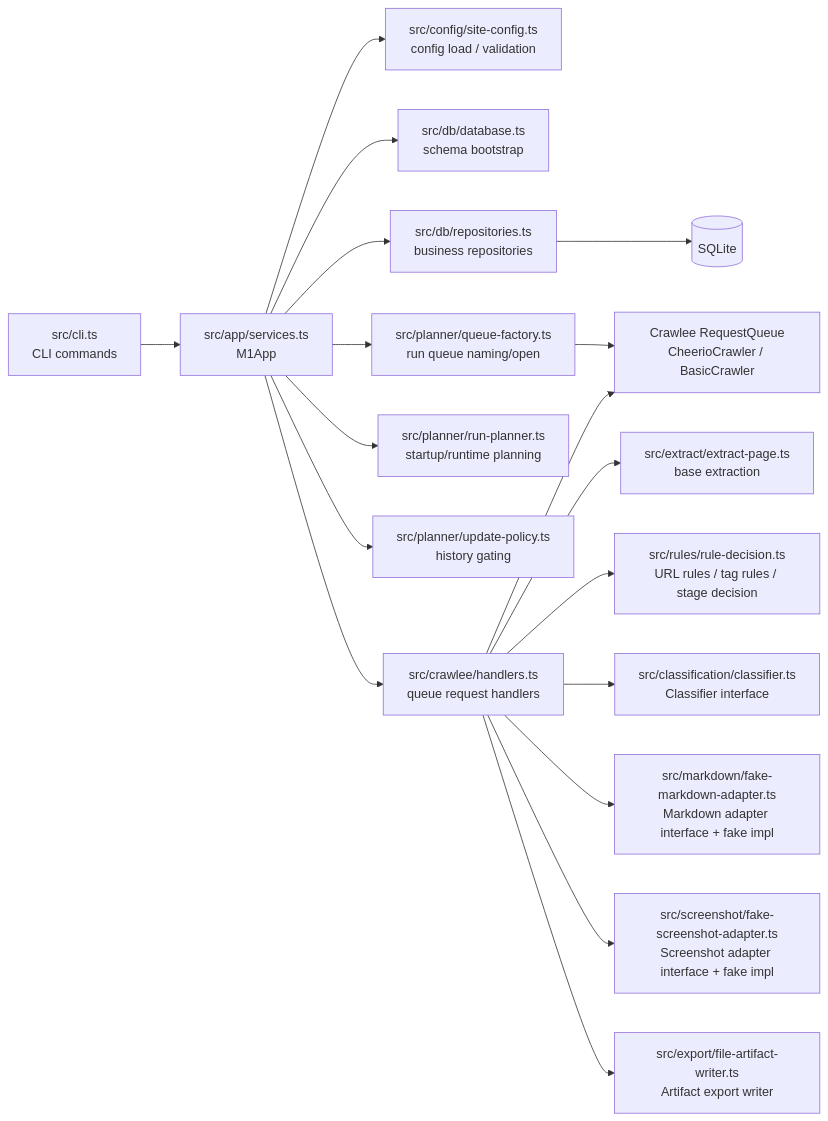
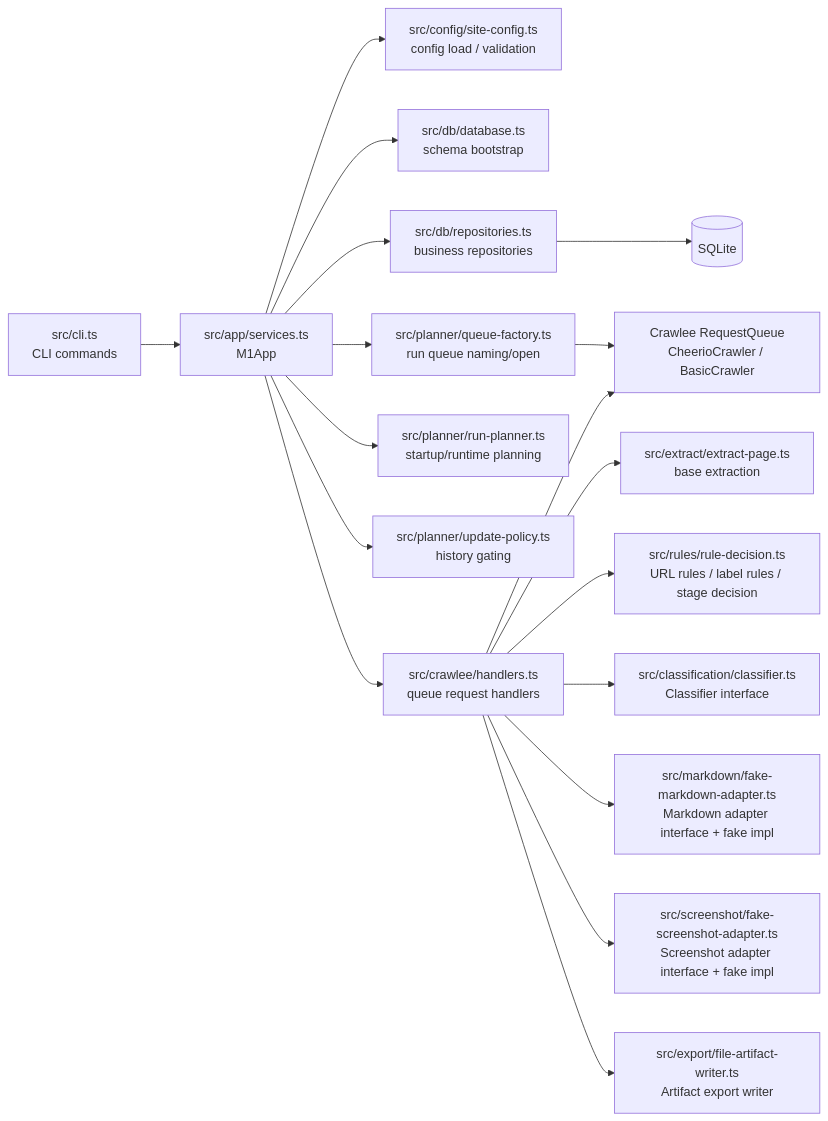
One commit to tianzhipeng-git/kvault-web-capture changed the first of 7 diagrams in docs/old/m1-implements.md. Above: the diagram before and after it, drawn with Mermaid. The commit also changed other lines of this file and 44 other files, not shown here.

````diff
--- a/docs/old/m1-implements.md
+++ b/docs/old/m1-implements.md
@@ -21,23 +21,23 @@
 ```mermaid
 flowchart LR
     CLI["src/cli.ts\nCLI commands"] --> APP["src/app/services.ts\nM1App"]
 
     APP --> CFG["src/config/site-config.ts\nconfig load / validation"]
     APP --> DB["src/db/database.ts\nschema bootstrap"]
     APP --> REPOS["src/db/repositories.ts\nbusiness repositories"]
     APP --> QF["src/planner/queue-factory.ts\nrun queue naming/open"]
     APP --> RP["src/planner/run-planner.ts\nstartup/runtime planning"]
     APP --> UP["src/planner/update-policy.ts\nhistory gating"]
     APP --> H["src/crawlee/handlers.ts\nqueue request handlers"]
 
     H --> EXT["src/extract/extract-page.ts\nbase extraction"]
-    H --> RULES["src/rules/rule-decision.ts\nURL rules / tag rules / stage decision"]
+    H --> RULES["src/rules/rule-decision.ts\nURL rules / label rules / stage decision"]
     H --> CLS["src/classification/classifier.ts\nClassifier interface"]
     H --> MD["src/markdown/fake-markdown-adapter.ts\nMarkdown adapter interface + fake impl"]
     H --> SS["src/screenshot/fake-screenshot-adapter.ts\nScreenshot adapter interface + fake impl"]
     H --> AW["src/export/file-artifact-writer.ts\nArtifact export writer"]
 
     REPOS --> SQLITE[("SQLite")]
     QF --> CRAWLEE["Crawlee RequestQueue\nCheerioCrawler / BasicCrawler"]
     H --> CRAWLEE
 ```
````
